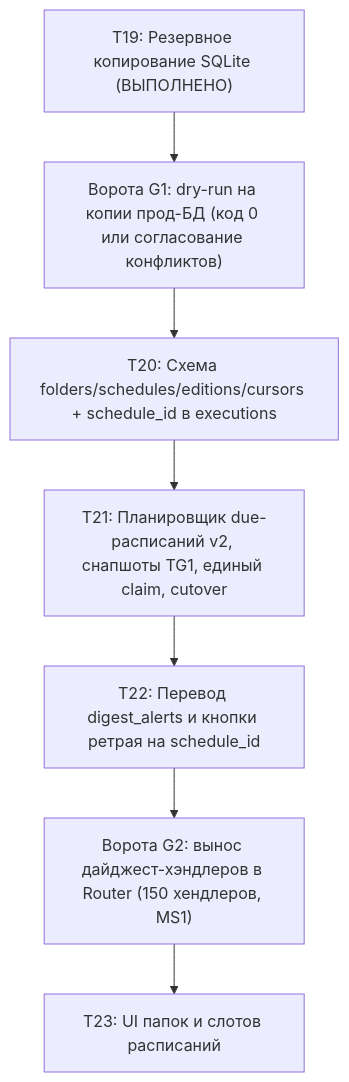
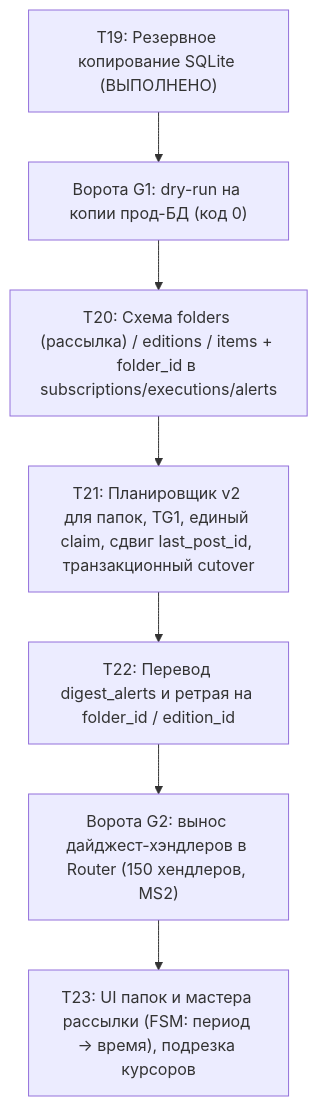
Before and after one commit to losoph/unagi-reminder-bot: the fourth of 4 diagrams in docs/sprint/queue4-design.md, drawn with Mermaid. The commit also changed other lines of this file and 3 other files, not shown here.

````diff
--- a/docs/sprint/queue4-design.md
+++ b/docs/sprint/queue4-design.md
@@ -460,10 +487,10 @@
 ```mermaid
 flowchart TD
     T19["T19: Резервное копирование SQLite (ВЫПОЛНЕНО)"] --> G1
-    G1["Ворота G1: dry-run на копии прод-БД (код 0 или согласование конфликтов)"] --> T20
-    T20["T20: Схема folders/schedules/editions/cursors + schedule_id в executions"] --> T21
-    T21["T21: Планировщик due-расписаний v2, снапшоты TG1, единый claim, cutover"] --> T22
-    T22["T22: Перевод digest_alerts и кнопки ретрая на schedule_id"] --> G2
-    G2["Ворота G2: вынос дайджест-хэндлеров в Router (150 хендлеров, MS1)"] --> T23
-    T23["T23: UI папок и слотов расписаний"]
+    G1["Ворота G1: dry-run на копии прод-БД (код 0)"] --> T20
+    T20["T20: Схема folders (рассылка) / editions / items + folder_id в subscriptions/executions/alerts"] --> T21
+    T21["T21: Планировщик v2 для папок, TG1, единый claim, сдвиг last_post_id, транзакционный cutover"] --> T22
+    T22["T22: Перевод digest_alerts и ретрая на folder_id / edition_id"] --> G2
+    G2["Ворота G2: вынос дайджест-хэндлеров в Router (150 хендлеров, MS2)"] --> T23
+    T23["T23: UI папок и мастера рассылки (FSM: период → время), подрезка курсоров"]
 ```
````
